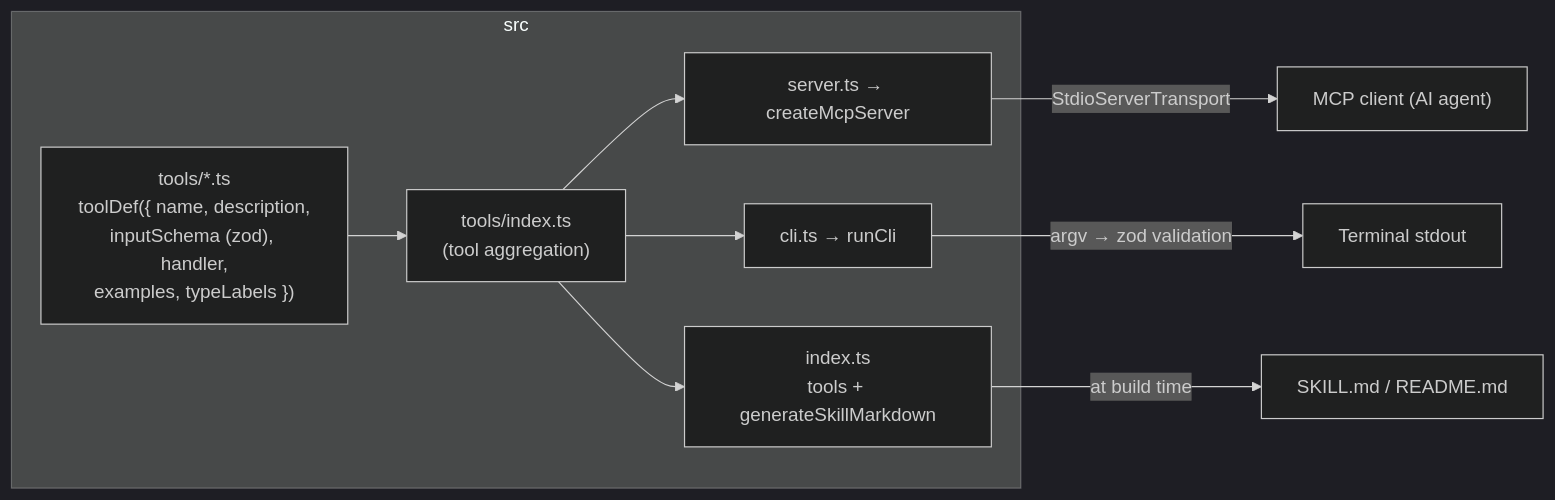
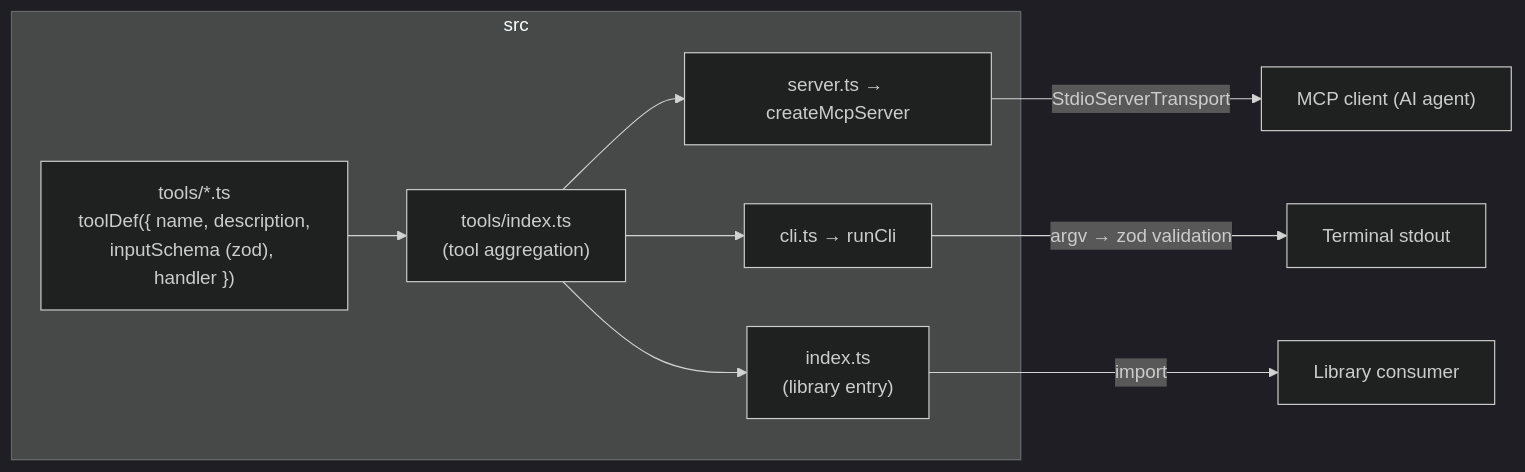
One commit to jl917/mcp-kit changed the second of 4 diagrams in docs/03-architecture.md. Above: the diagram before and after it, drawn with Mermaid (dark theme). The commit also changed other lines of this file and 43 other files, not shown here.

````diff
--- a/docs/03-architecture.md
+++ b/docs/03-architecture.md
@@ -191,19 +189,19 @@
 ```mermaid
 graph LR
     subgraph pkg["src"]
-        Tools["tools/*.ts<br/>toolDef({ name, description,<br/>inputSchema (zod), handler,<br/>examples, typeLabels })"]
+        Tools["tools/*.ts<br/>toolDef({ name, description,<br/>inputSchema (zod), handler })"]
         Idx["tools/index.ts<br/>(tool aggregation)"]
         SrvE["server.ts → createMcpServer"]
         CliE["cli.ts → runCli"]
-        IndexE["index.ts<br/>tools + generateSkillMarkdown"]
+        IndexE["index.ts<br/>(library entry)"]
     end
 
     Tools --> Idx
     Idx --> SrvE
     Idx --> CliE
     Idx --> IndexE
 
     SrvE -->|StdioServerTransport| MCP["MCP client (AI agent)"]
     CliE -->|"argv → zod validation"| Term["Terminal stdout"]
-    IndexE -->|at build time| Gen["SKILL.md / README.md"]
+    IndexE -->|import| Lib["Library consumer"]
 ```
````
